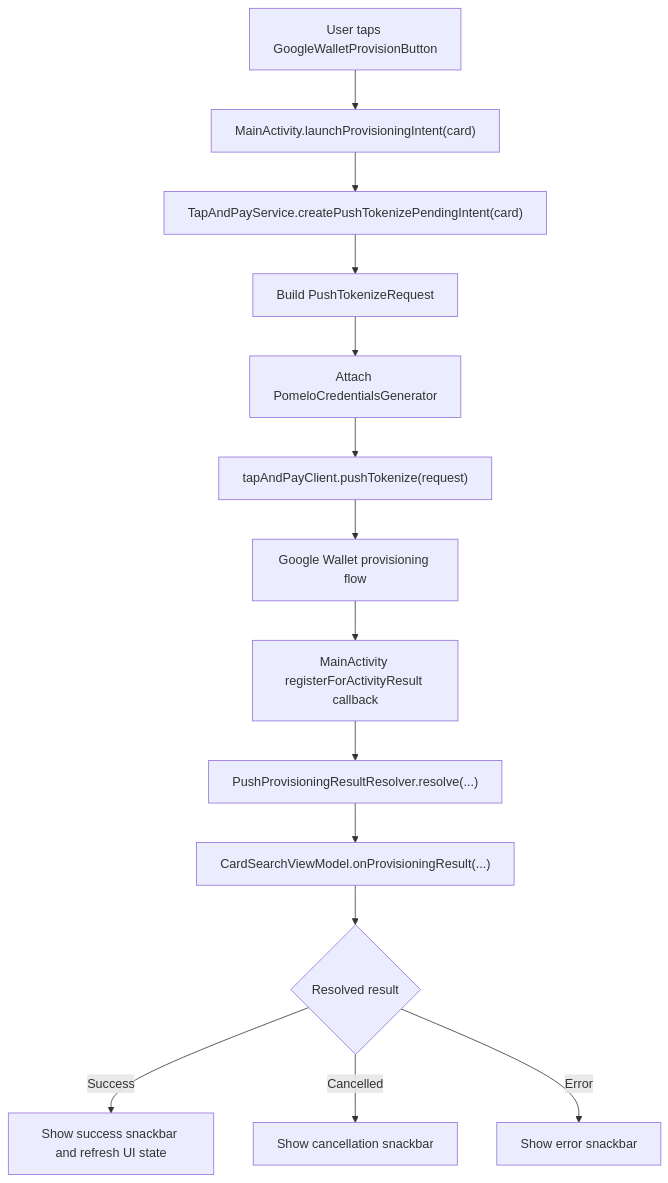
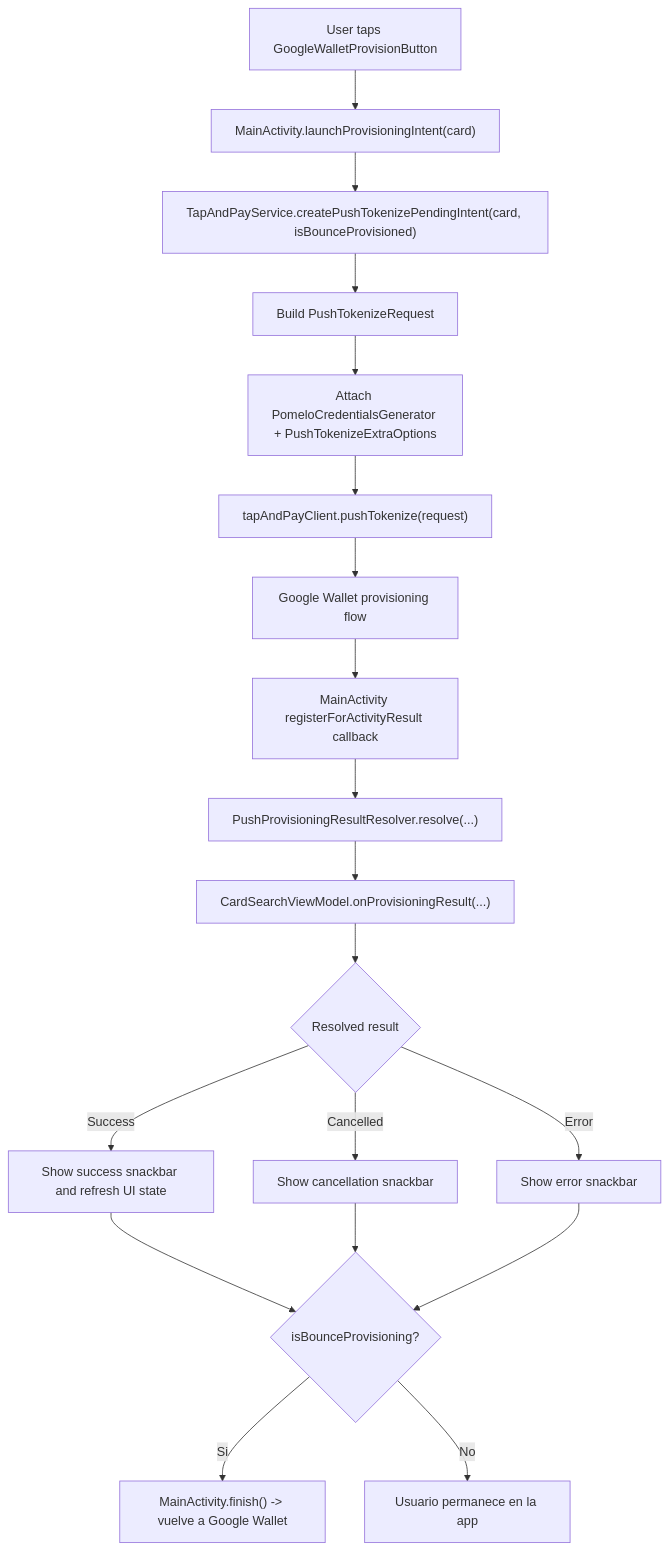
One commit to pomelo-la/example-sdk-android-tokenization changed the first of 3 diagrams in example-android-app-google-upp/app/README.md. Above: the diagram before and after it, drawn with Mermaid. The commit also changed other lines of this file and 6 other files, not shown here.

First line of the commit message:
feat: add Google Wallet Bounce Provisioning support to Google UPP example

````diff
--- a/example-android-app-google-upp/app/README.md
+++ b/example-android-app-google-upp/app/README.md
@@ -36,16 +39,21 @@
 ```mermaid
 flowchart TD
     A["User taps GoogleWalletProvisionButton"] --> B["MainActivity.launchProvisioningIntent(card)"]
-    B --> C["TapAndPayService.createPushTokenizePendingIntent(card)"]
+    B --> C["TapAndPayService.createPushTokenizePendingIntent(card, isBounceProvisioned)"]
     C --> D["Build PushTokenizeRequest"]
-    D --> E["Attach PomeloCredentialsGenerator"]
+    D --> E["Attach PomeloCredentialsGenerator + PushTokenizeExtraOptions"]
     E --> F["tapAndPayClient.pushTokenize(request)"]
     F --> G["Google Wallet provisioning flow"]
     G --> H["MainActivity registerForActivityResult callback"]
     H --> I["PushProvisioningResultResolver.resolve(...)"]
     I --> J["CardSearchViewModel.onProvisioningResult(...)"]
     J --> K{"Resolved result"}
     K -->|Success| L["Show success snackbar and refresh UI state"]
     K -->|Cancelled| M["Show cancellation snackbar"]
     K -->|Error| N["Show error snackbar"]
+    L --> O{"isBounceProvisioning?"}
+    M --> O
+    N --> O
+    O -->|Si| P["MainActivity.finish() -> vuelve a Google Wallet"]
+    O -->|No| Q["Usuario permanece en la app"]
 ```
````
